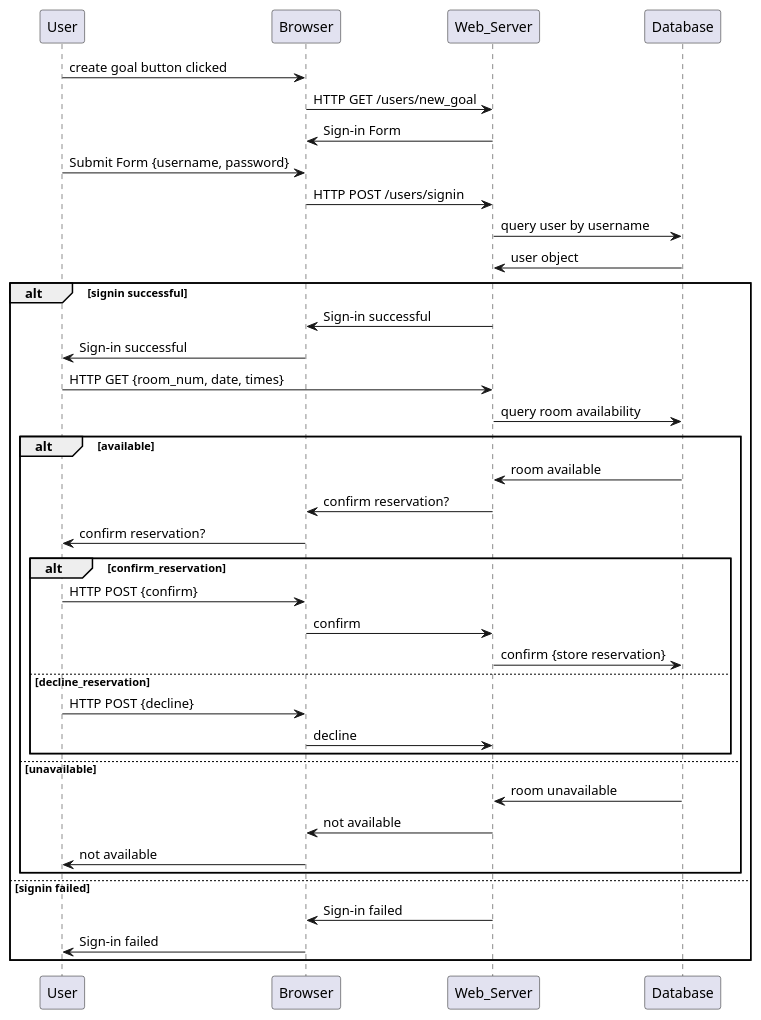
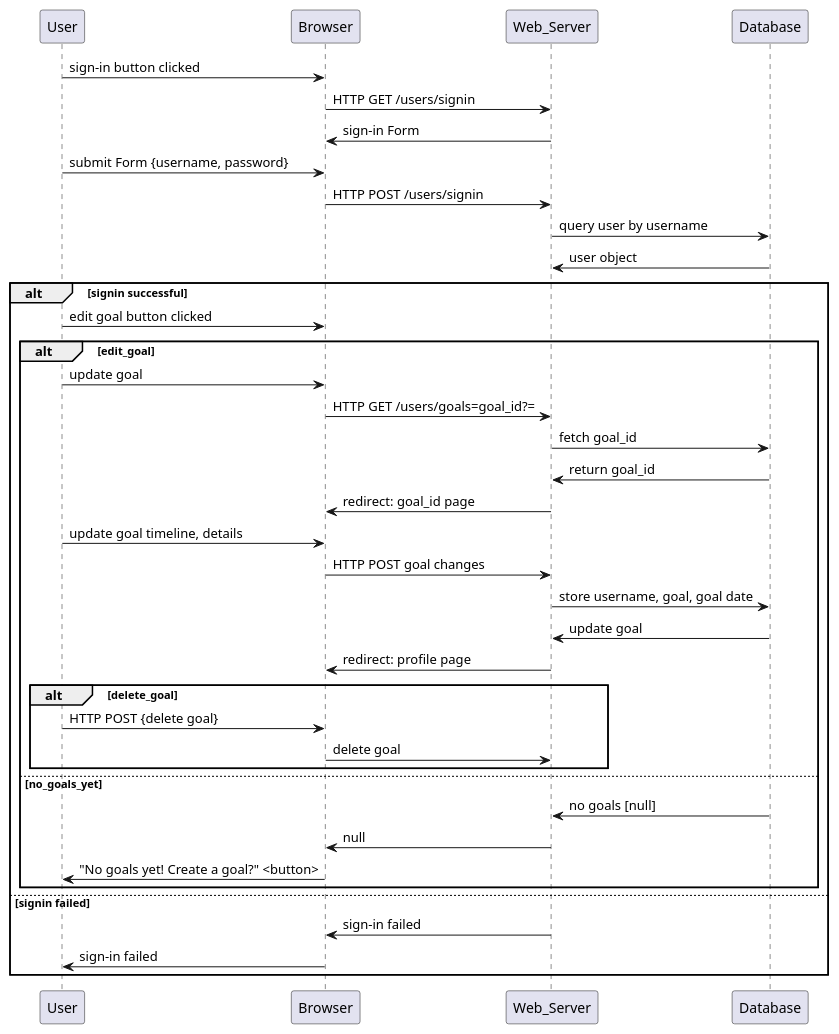
Before and after one commit to MonRos3/goal-buddy: the diagram in uml/edit-goal-sequence.wsd, drawn with PlantUML. The commit also changed 2 other files, not shown here.

```diff
--- a/uml/edit-goal-sequence.wsd
+++ b/uml/edit-goal-sequence.wsd
@@ -1,41 +1,41 @@
 @startuml Edit Goal Sequence Diagram
 participant User
 participant Browser
 participant Web_Server
 participant Database
 
-User -> Browser: create goal button clicked
-Browser -> Web_Server: HTTP GET /users/new_goal
-Web_Server -> Browser: Sign-in Form
-User -> Browser: Submit Form {username, password}
+User -> Browser: sign-in button clicked
+Browser -> Web_Server: HTTP GET /users/signin
+Web_Server -> Browser: sign-in Form
+User -> Browser: submit Form {username, password}
 Browser -> Web_Server: HTTP POST /users/signin
 Web_Server -> Database: query user by username
 Database -> Web_Server: user object
 
 alt signin successful
-    Web_Server -> Browser: Sign-in successful
-    Browser -> User: Sign-in successful
-    User -> Web_Server: HTTP GET {room_num, date, times}
-    Web_Server -> Database: query room availability
-    alt available
-        Database -> Web_Server: room available
-        Web_Server -> Browser: confirm reservation?
-        Browser -> User: confirm reservation?
-        alt confirm_reservation
-            User -> Browser: HTTP POST {confirm}
-            Browser -> Web_Server: confirm
-            Web_Server -> Database: confirm {store reservation}
-        else decline_reservation
-            User -> Browser: HTTP POST {decline}
-            Browser -> Web_Server: decline
+    User -> Browser: edit goal button clicked
+    alt edit_goal
+        User -> Browser: update goal
+            Browser -> Web_Server: HTTP GET /users/goals=goal_id?=
+            Web_Server -> Database: fetch goal_id
+            Database -> Web_Server: return goal_id
+            Web_Server -> Browser: redirect: goal_id page
+            User -> Browser: update goal timeline, details
+            Browser -> Web_Server: HTTP POST goal changes
+            Web_Server -> Database: store username, goal, goal date
+            Database -> Web_Server: update goal
+            Web_Server -> Browser: redirect: profile page
+        alt delete_goal
+            User -> Browser: HTTP POST {delete goal}
+            Browser -> Web_Server: delete goal
         end
-    else unavailable
-        Database -> Web_Server: room unavailable
-        Web_Server -> Browser: not available
-        Browser -> User: not available
+    else no_goals_yet
+        Database -> Web_Server: no goals [null]
+        Web_Server -> Browser: null
+        Browser -> User: "No goals yet! Create a goal?" <button>
     end
 else signin failed
-     Web_Server -> Browser: Sign-in failed
-    Browser -> User: Sign-in failed
+     Web_Server -> Browser: sign-in failed
+    Browser -> User: sign-in failed
 end
 @enduml
```
